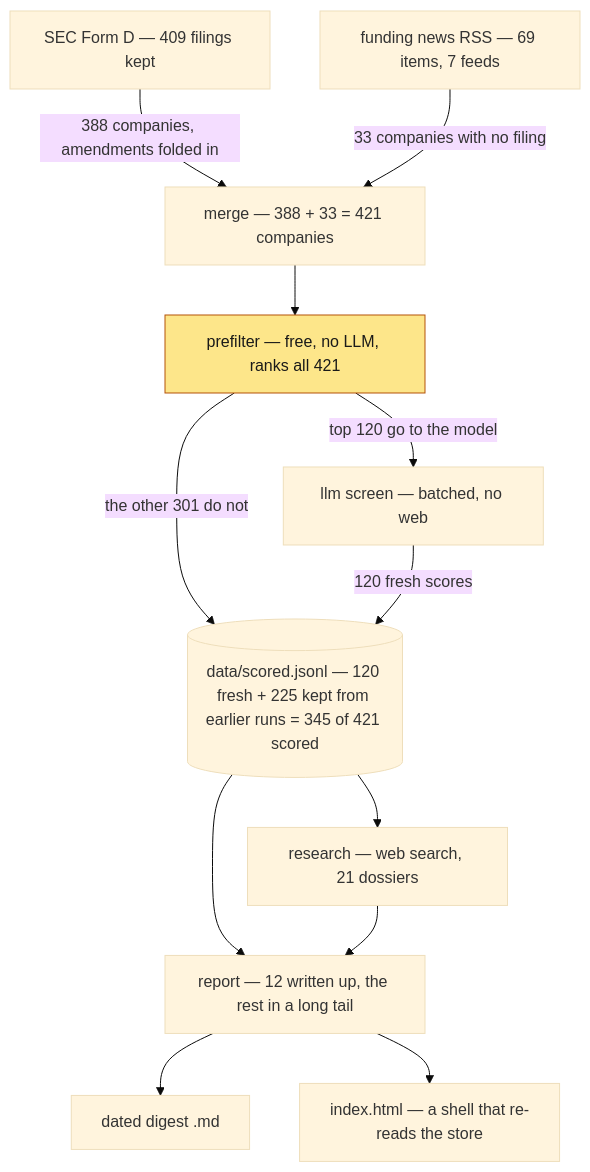
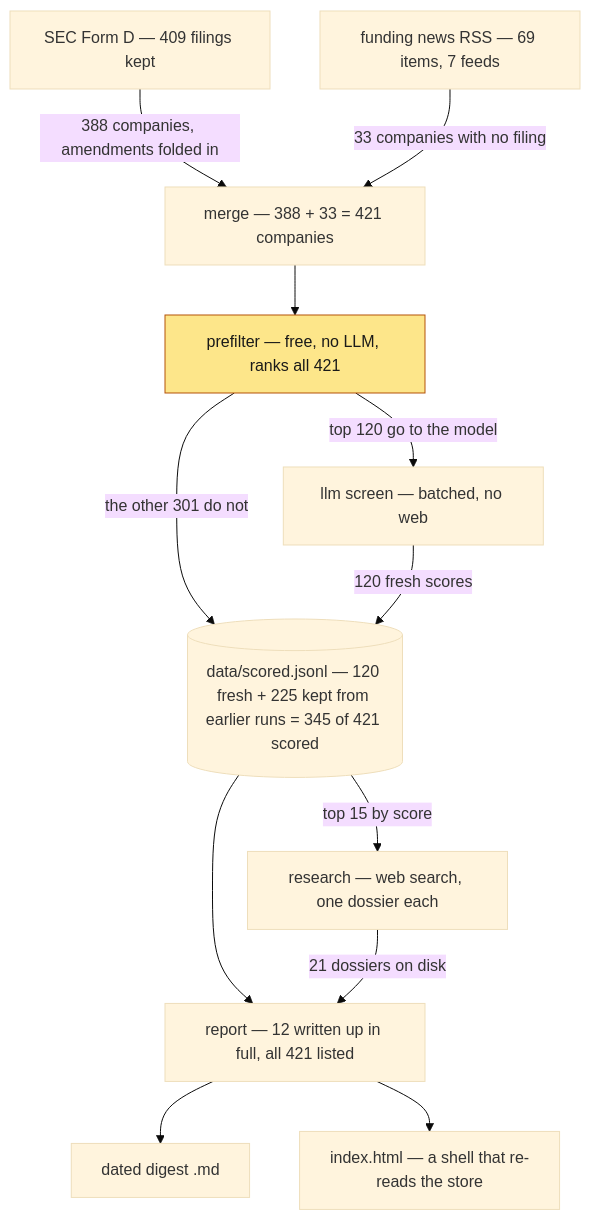
Before and after one commit to zerolocker/startup-finder: the diagram in README.md, drawn with Mermaid (base theme). The commit also changed other lines of this file, not shown here.

First line of the commit message:
Say what each stage actually does, and fix two misleading edges

````diff
--- a/README.md
+++ b/README.md
@@ -43,18 +43,19 @@
 ```mermaid
 flowchart TD
     A["SEC Form D — 409 filings kept"] -->|"388 companies, amendments folded in"| C
     B["funding news RSS — 69 items, 7 feeds"] -->|"33 companies with no filing"| C
     C["merge — 388 + 33 = 421 companies"] --> D
     D["prefilter — free, no LLM, ranks all 421"]
     D -->|"top 120 go to the model"| E
     D -->|"the other 301 do not"| S
     E["llm screen — batched, no web"] -->|"120 fresh scores"| S
     S[("data/scored.jsonl — 120 fresh + 225 kept from earlier runs = 345 of 421 scored")]
-    S --> F & R
-    F["research — web search, 21 dossiers"] --> R
-    R["report — 12 written up, the rest in a long tail"] --> G["dated digest .md"]
+    S -->|"top 15 by score"| F
+    S --> R
+    F["research — web search, one dossier each"] -->|"21 dossiers on disk"| R
+    R["report — 12 written up in full, all 421 listed"] --> G["dated digest .md"]
     R --> H["index.html — a shell that re-reads the store"]
 
     classDef gate fill:#fde68a,stroke:#b45309,color:#1a1a19
     class D gate
 ```
````
